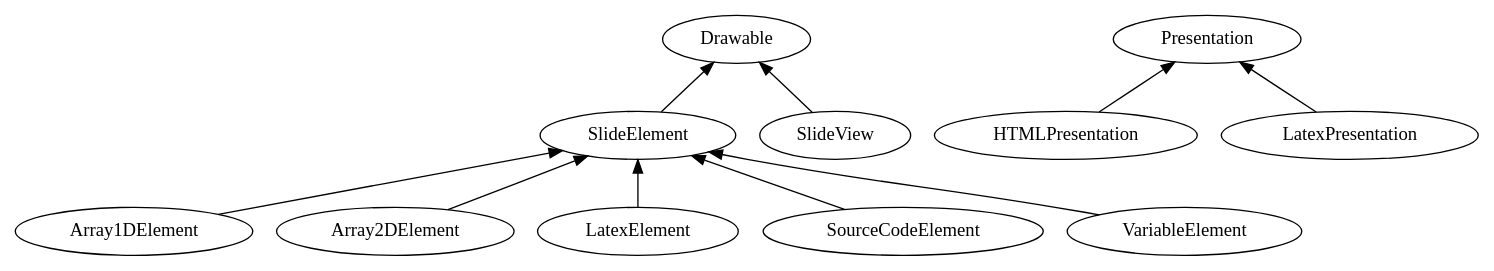
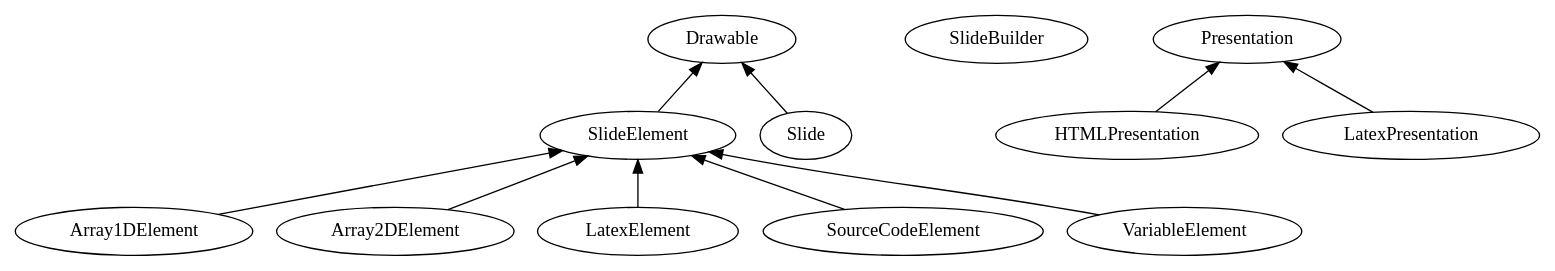
Before and after one commit to varqox/VisuAlgo: the diagram in hierarchy.dot, drawn with Graphviz. The commit also changed 7 other files, not shown here.

Commit message:
Added Slide and SlideBuilder; Removed SlideView; Allowed Drawable to be copyable;

```diff
--- a/hierarchy.dot
+++ b/hierarchy.dot
@@ -1,13 +1,9 @@
 digraph {
-	SlideElement -> Array1DElement [dir=back];
-	SlideElement -> Array2DElement [dir=back];
-	Drawable
-	Presentation -> HTMLPresentation [dir=back];
-	SlideElement -> LatexElement [dir=back];
-	Presentation -> LatexPresentation [dir=back];
-	Presentation
-	Drawable -> SlideView [dir=back];
-	Drawable -> SlideElement [dir=back];
-	SlideElement -> SourceCodeElement [dir=back];
-	SlideElement -> VariableElement [dir=back];
+	Drawable -> SlideElement, Slide [dir=back];
+	SlideElement -> Array1DElement, Array2DElement, LatexElement [dir=back];
+	SlideElement -> SourceCodeElement, VariableElement [dir=back];
+
+	SlideBuilder
+
+	Presentation -> HTMLPresentation, LatexPresentation [dir=back];
 }
```
